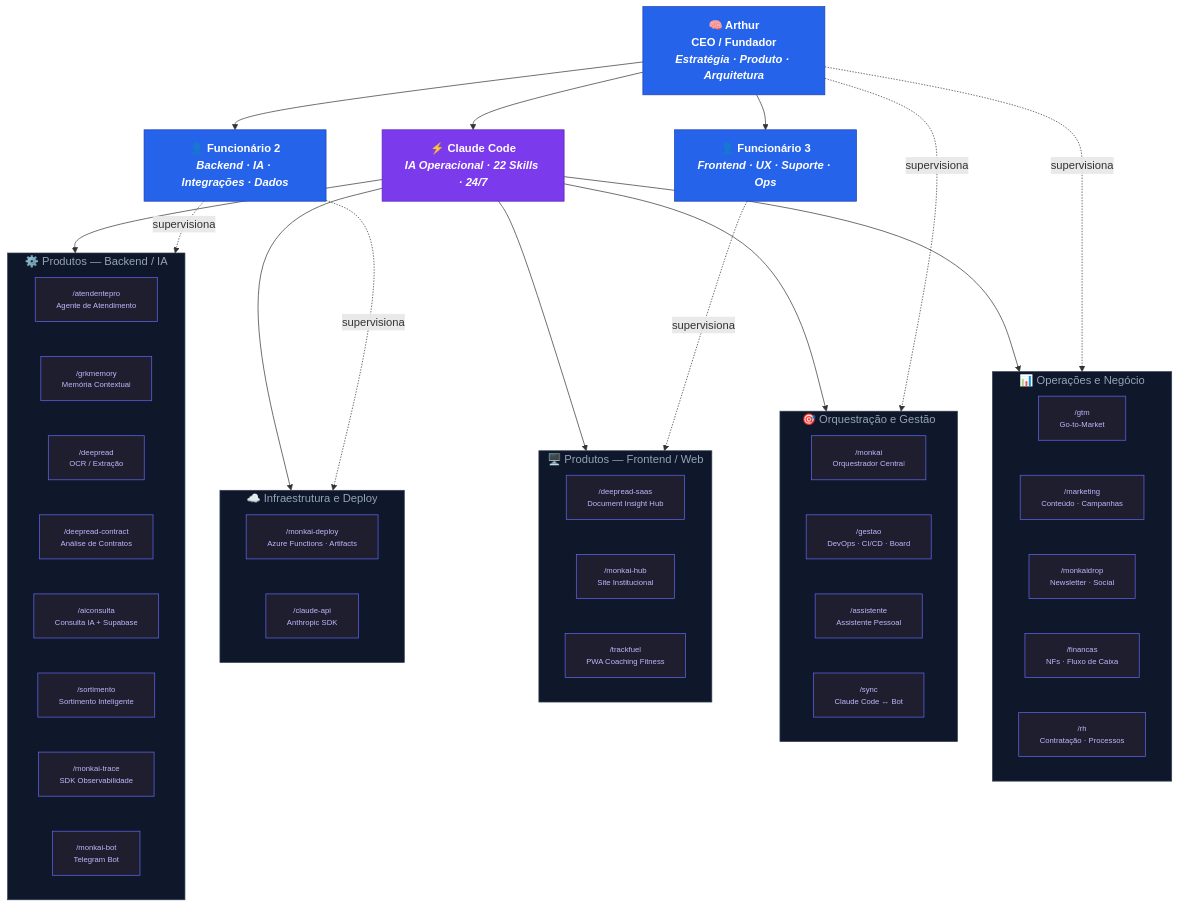
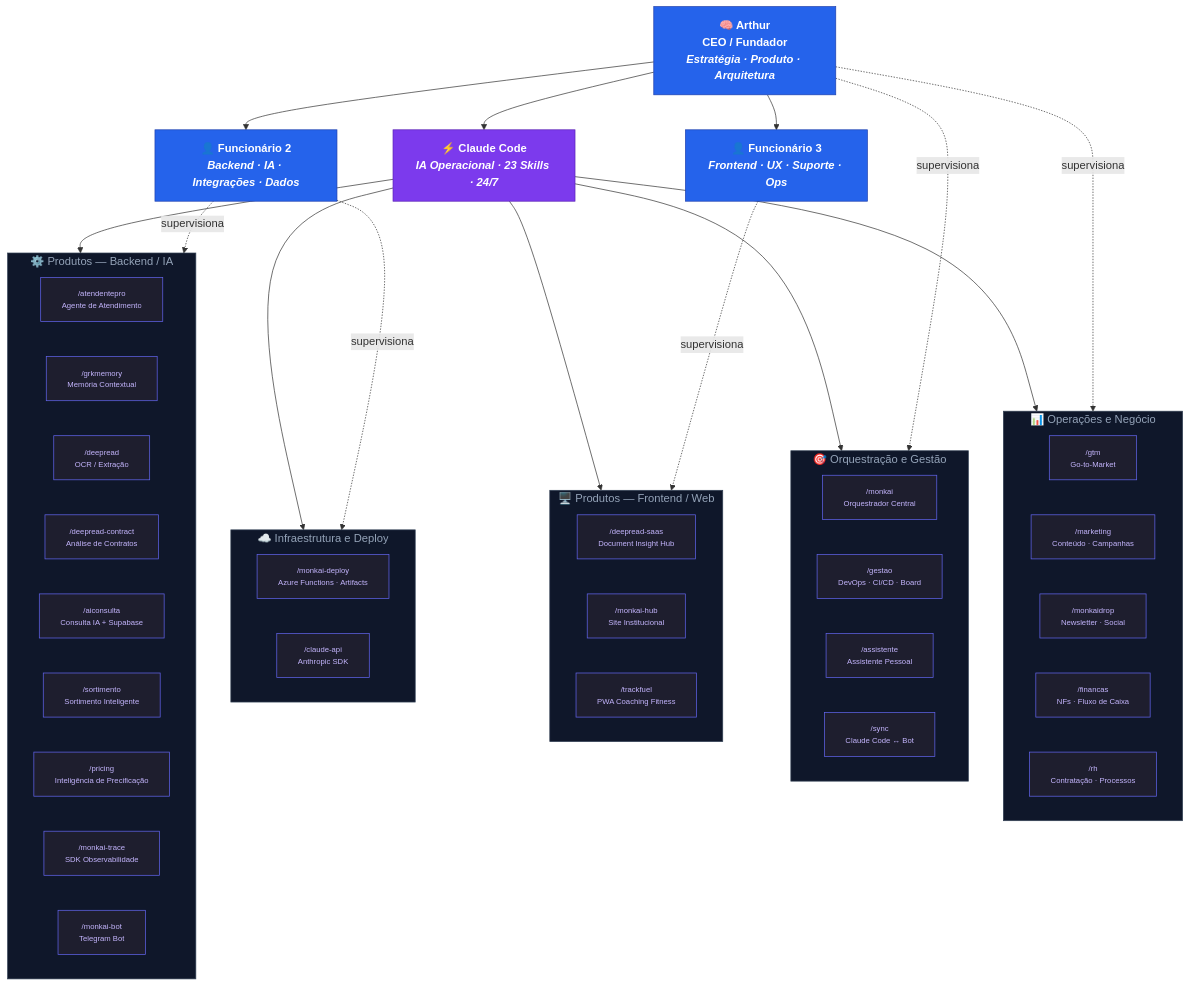
The diagram in ORGANOGRAMA.md (BeMonkAI/docs), drawn with Mermaid before and after one commit. The commit also changed other lines of this file, not shown here.

First line of the commit message:
docs: add /pricing skill to org chart and update agent count to 23

````diff
--- a/ORGANOGRAMA.md
+++ b/ORGANOGRAMA.md
@@ -12,71 +12,72 @@
 ```mermaid
 graph TB
     CEO["🧠 Arthur<br/>CEO / Fundador<br/><i>Estratégia · Produto · Arquitetura</i>"]
 
     F2["👤 Funcionário 2<br/><i>Backend · IA · Integrações · Dados</i>"]
     F3["👤 Funcionário 3<br/><i>Frontend · UX · Suporte · Ops</i>"]
-    CC["⚡ Claude Code<br/><i>IA Operacional · 22 Skills · 24/7</i>"]
+    CC["⚡ Claude Code<br/><i>IA Operacional · 23 Skills · 24/7</i>"]
 
     CEO --> F2
     CEO --> F3
     CEO --> CC
 
     subgraph ORCH["🎯 Orquestração e Gestão"]
         monkai["/monkai<br/>Orquestrador Central"]
         gestao["/gestao<br/>DevOps · CI/CD · Board"]
         assistente["/assistente<br/>Assistente Pessoal"]
         sync["/sync<br/>Claude Code ↔ Bot"]
     end
 
     subgraph BACKEND["⚙️ Produtos — Backend / IA"]
         atendentepro["/atendentepro<br/>Agente de Atendimento"]
         grkmemory["/grkmemory<br/>Memória Contextual"]
         deepread["/deepread<br/>OCR / Extração"]
         deepread_contract["/deepread-contract<br/>Análise de Contratos"]
         aiconsulta["/aiconsulta<br/>Consulta IA + Supabase"]
         sortimento["/sortimento<br/>Sortimento Inteligente"]
+        pricing["/pricing<br/>Inteligência de Precificação"]
         monkai_trace["/monkai-trace<br/>SDK Observabilidade"]
         monkai_bot["/monkai-bot<br/>Telegram Bot"]
     end
 
     subgraph FRONTEND["🖥️ Produtos — Frontend / Web"]
         deepread_saas["/deepread-saas<br/>Document Insight Hub"]
         monkai_hub["/monkai-hub<br/>Site Institucional"]
         trackfuel["/trackfuel<br/>PWA Coaching Fitness"]
     end
 
     subgraph OPS["📊 Operações e Negócio"]
         gtm["/gtm<br/>Go-to-Market"]
         marketing["/marketing<br/>Conteúdo · Campanhas"]
         monkaidrop["/monkaidrop<br/>Newsletter · Social"]
         financas["/financas<br/>NFs · Fluxo de Caixa"]
         rh["/rh<br/>Contratação · Processos"]
     end
 
     subgraph INFRA["☁️ Infraestrutura e Deploy"]
         monkai_deploy["/monkai-deploy<br/>Azure Functions · Artifacts"]
         claude_api["/claude-api<br/>Anthropic SDK"]
     end
 
     CC --> ORCH
     CC --> BACKEND
     CC --> FRONTEND
     CC --> OPS
     CC --> INFRA
 
     CEO -.->|"supervisiona"| ORCH
     CEO -.->|"supervisiona"| OPS
     F2 -.->|"supervisiona"| BACKEND
     F2 -.->|"supervisiona"| INFRA
     F3 -.->|"supervisiona"| FRONTEND
 
     classDef human fill:#2563eb,stroke:#1e40af,color:#fff,font-weight:bold
     classDef ai fill:#7c3aed,stroke:#5b21b6,color:#fff,font-weight:bold
     classDef skill fill:#1e1e2e,stroke:#6366f1,color:#c4b5fd,font-size:11px
     classDef area fill:#0f172a,stroke:#334155,color:#94a3b8
 
     class CEO,F2,F3 human
     class CC ai
-    class monkai,gestao,assistente,sync,atendentepro,grkmemory,deepread,deepread_contract,aiconsulta,sortimento,monkai_trace,monkai_bot,deepread_saas,monkai_hub,trackfuel,gtm,marketing,monkaidrop,financas,rh,monkai_deploy,claude_api skill
+    class monkai,gestao,assistente,sync,atendentepro,grkmemory,deepread,deepread_contract,aiconsulta,sortimento,pricing,monkai_trace,monkai_bot,deepread_saas,monkai_hub,trackfuel,gtm,marketing,monkaidrop,financas,rh,monkai_deploy,claude_api skill
     class ORCH,BACKEND,FRONTEND,OPS,INFRA area
 ```
````
